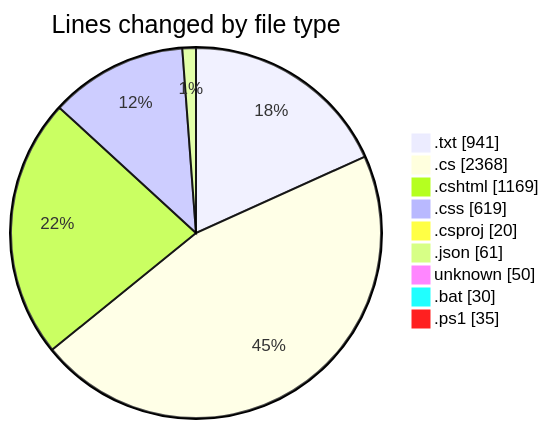
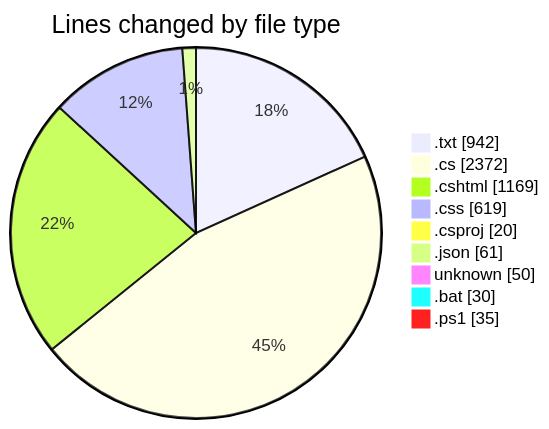
One commit to lephambinh05/code-tracking changed the first of 2 diagrams in 2025-07-26/quanlyrapchieuphim-1/README.md. Above: the diagram before and after it, drawn with Mermaid. The commit also changed other lines of this file and 1 other file, not shown here.

````diff
--- a/2025-07-26/quanlyrapchieuphim-1/README.md
+++ b/2025-07-26/quanlyrapchieuphim-1/README.md
@@ -37,13 +37,13 @@
 ```mermaid
 pie showData
 title Lines changed by file type
-".txt" : 941
-".cs" : 2368
+".txt" : 942
+".cs" : 2372
 ".cshtml" : 1169
 ".css" : 619
 ".csproj" : 20
 ".json" : 61
 "unknown" : 50
 ".bat" : 30
 ".ps1" : 35
 ```
````
